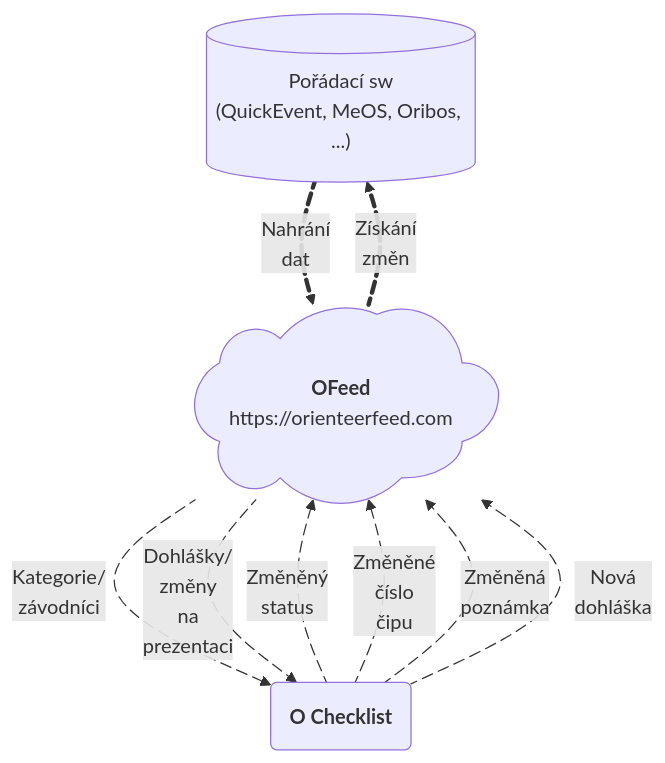
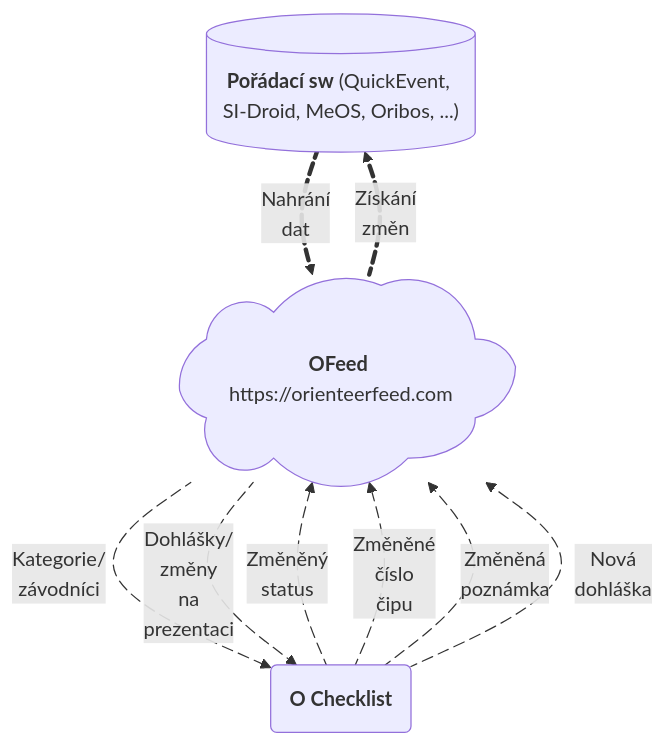
One commit to orienteerfeed/ofeed-docs changed the diagram in i18n/cs/docusaurus-plugin-content-docs/current/intro.md. Above: the diagram before and after it, drawn with Mermaid. The commit also changed other lines of this file and 5 other files, not shown here.

````diff
--- a/i18n/cs/docusaurus-plugin-content-docs/current/intro.md
+++ b/i18n/cs/docusaurus-plugin-content-docs/current/intro.md
@@ -24,28 +24,28 @@
 ```mermaid
 flowchart TB
-    SW@{ shape: cyl, label: "Pořádací sw<br/>(QuickEvent, MeOS, Oribos, ...)" }
-    OFeed@{ shape: cloud, label: "**OFeed**<br/>https://orienteerfeed.com" }
+    SW@{ shape: cyl, label: "**Pořádací sw** (QuickEvent, SI-Droid, MeOS, Oribos, ...)" }
+    OFeed@{ shape: cloud, label: "**OFeed** https://orienteerfeed.com" }
     OChecklist@{ shape: rounded, label: "**O Checklist**" }
 
     SW e1@== "Nahrání<br/>dat" ==> OFeed
     e1@{ animation: fast }
     OFeed e2@== "Získání<br/>změn" ==> SW
     e2@{ animation: fast }
 
     OFeed e3@-- "Kategorie/<br/>závodníci" --> OChecklist
     e3@{ animation: fast }
     OFeed e4@-- "Dohlášky/<br/>změny<br/>na<br/>prezentaci" --> OChecklist
 
     e4@{ animation: fast }
     OChecklist e5@-- "Změněný<br/>status" --> OFeed
     e5@{ animation: fast }
     OChecklist e6@-- "Změněné<br/>číslo<br/>čipu" --> OFeed
     e6@{ animation: fast }
     OChecklist e7@-- "Změněná<br/>poznámka" --> OFeed
     e7@{ animation: fast }
     OChecklist e8@-- "Nová<br/>dohláška" --> OFeed
     e8@{ animation: fast }
 
     click OFeed "https://orienteerfeed.com" _blank
     click OChecklist "https://stigning.se/checklist/help_en.html" _blank
 ```
````
